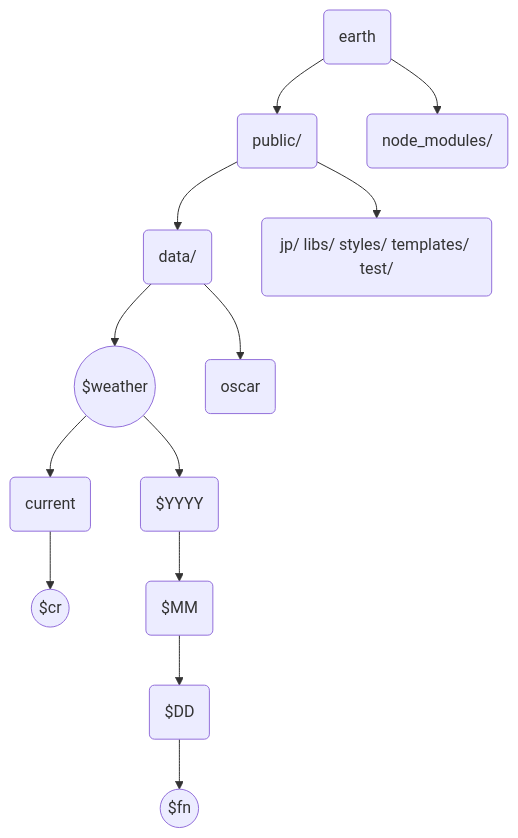
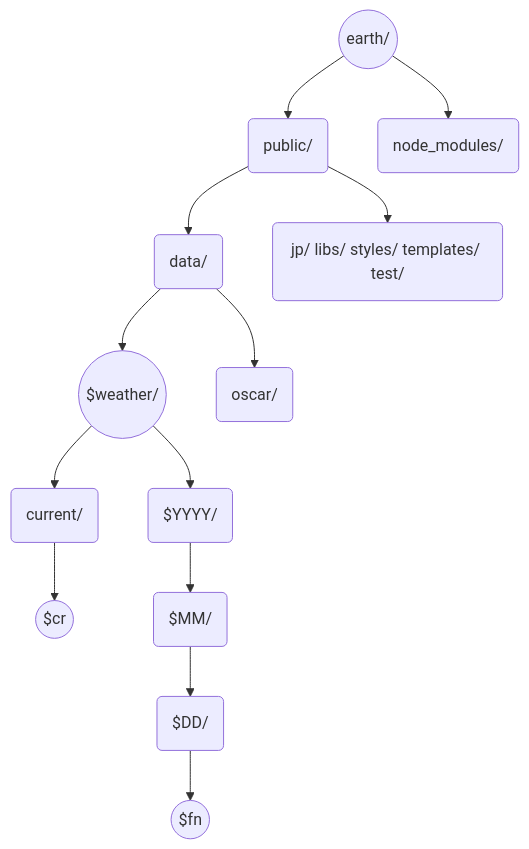
The second of 2 diagrams in _posts/2022-08-05-earth_gfs.md (sinotec2/FAQ), drawn with Mermaid before and after one commit.

````diff
--- a/_posts/2022-08-05-earth_gfs.md
+++ b/_posts/2022-08-05-earth_gfs.md
@@ -75,15 +75,15 @@
 ```mermaid
 graph TD
-    A(earth) --> B(public/)
+    A((earth/)) --> B(public/)
     A --> C(node_modules/)
     B --> D(data/)
     B --> E(jp/ libs/ styles/ templates/ test/)
-    D --> F(($weather))
-    D --> H(oscar)
-    F --> I(current)
+    D --> F(($weather/))
+    D --> H(oscar/)
+    F --> I(current/)
     I --> J(($cr))
-    F --> K($YYYY)
-    K --> L($MM)
-    L --> M($DD)
+    F --> K($YYYY/)
+    K --> L($MM/)
+    L --> M($DD/)
     M --> N(($fn))
 ```  
````
